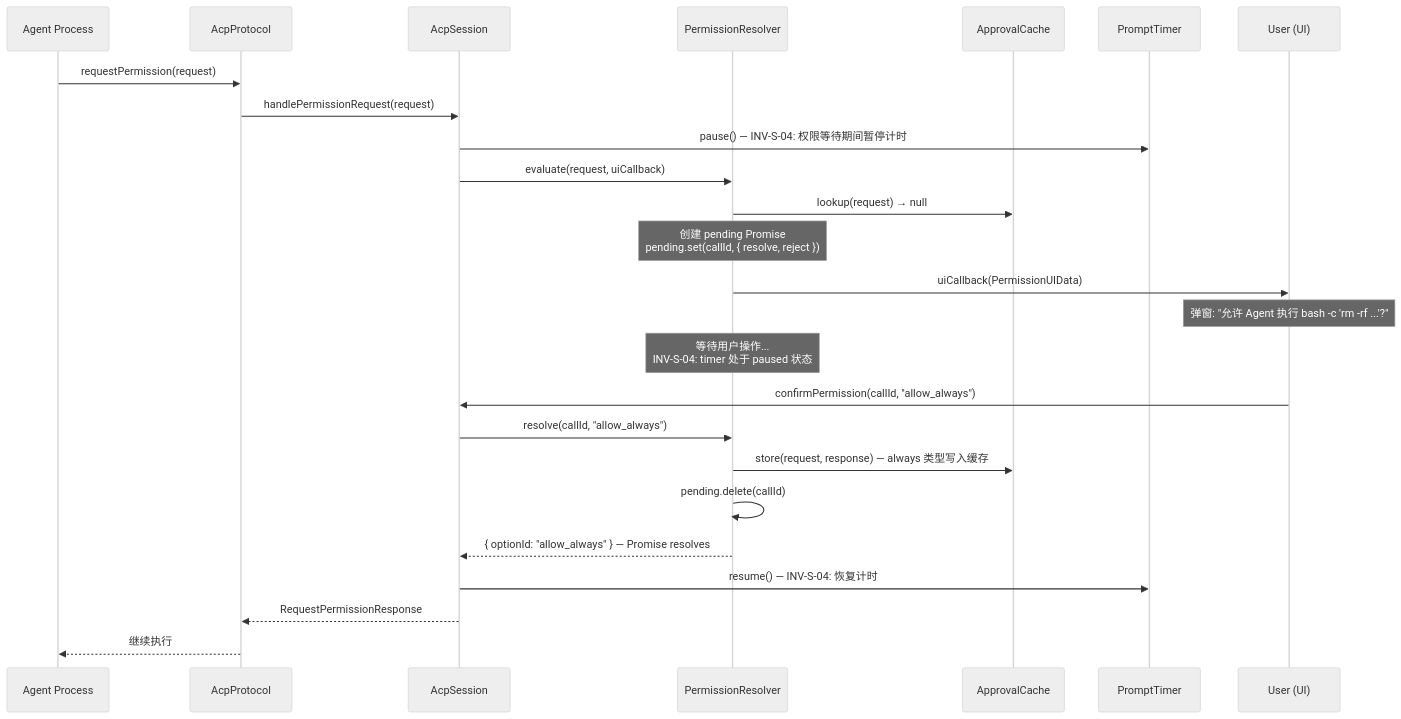
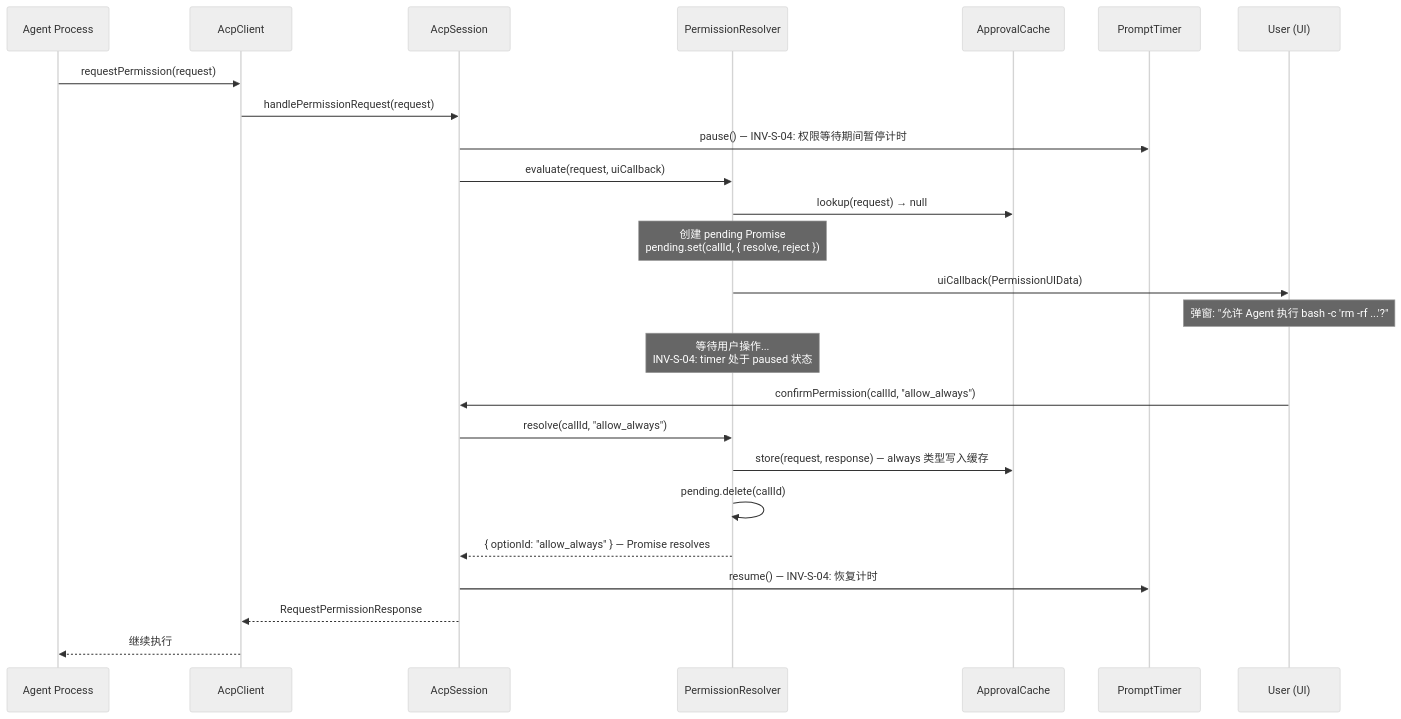
Before and after one commit to iOfficeAI/AionUi: the fifth of 12 diagrams in docs/feature/acp-rewrite/06-scenario-walkthrough.md, drawn with Mermaid (neutral theme). The commit also changed other lines of this file and 22 other files, not shown here.

First line of the commit message:
refactor(acp): replace Connector+Protocol with AcpClient single-owner pattern

````diff
--- a/docs/feature/acp-rewrite/06-scenario-walkthrough.md
+++ b/docs/feature/acp-rewrite/06-scenario-walkthrough.md
@@ -383,31 +377,31 @@
 ```mermaid
 sequenceDiagram
     participant A as Agent Process
-    participant P as AcpProtocol
+    participant CL as AcpClient
     participant S as AcpSession
     participant PP as PermissionResolver
     participant AC as ApprovalCache
     participant PT as PromptTimer
     participant UI as User (UI)
 
-    A->>P: requestPermission(request)
-    P->>S: handlePermissionRequest(request)
+    A->>CL: requestPermission(request)
+    CL->>S: handlePermissionRequest(request)
     S->>PT: pause() — INV-S-04: 权限等待期间暂停计时
     S->>PP: evaluate(request, uiCallback)
     PP->>AC: lookup(request) → null
     Note over PP: 创建 pending Promise<br/>pending.set(callId, { resolve, reject })
     PP->>UI: uiCallback(PermissionUIData)
     Note over UI: 弹窗: "允许 Agent 执行 bash -c 'rm -rf ...'?"
 
     Note over PP: 等待用户操作...<br/>INV-S-04: timer 处于 paused 状态
 
     UI->>S: confirmPermission(callId, "allow_always")
     S->>PP: resolve(callId, "allow_always")
     PP->>AC: store(request, response) — always 类型写入缓存
     PP->>PP: pending.delete(callId)
     PP-->>S: { optionId: "allow_always" } — Promise resolves
 
     S->>PT: resume() — INV-S-04: 恢复计时
-    S-->>P: RequestPermissionResponse
-    P-->>A: 继续执行
+    S-->>CL: RequestPermissionResponse
+    CL-->>A: 继续执行
 ```
````
